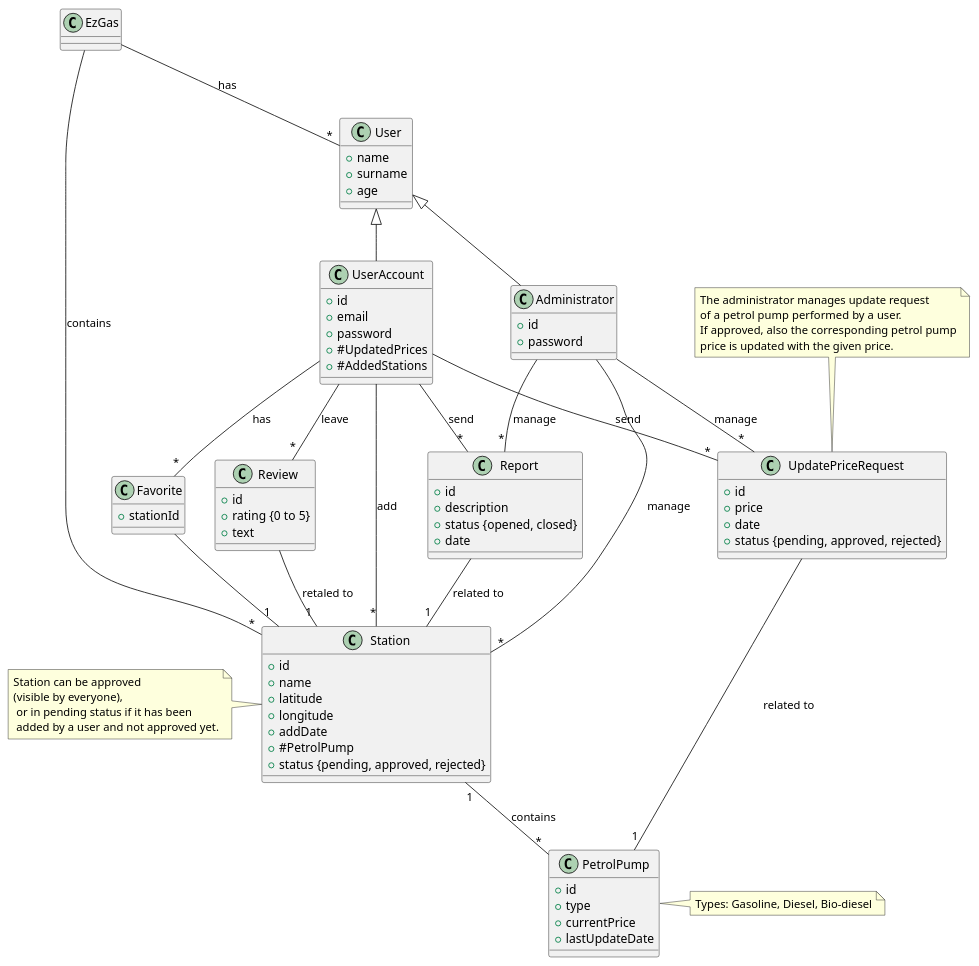
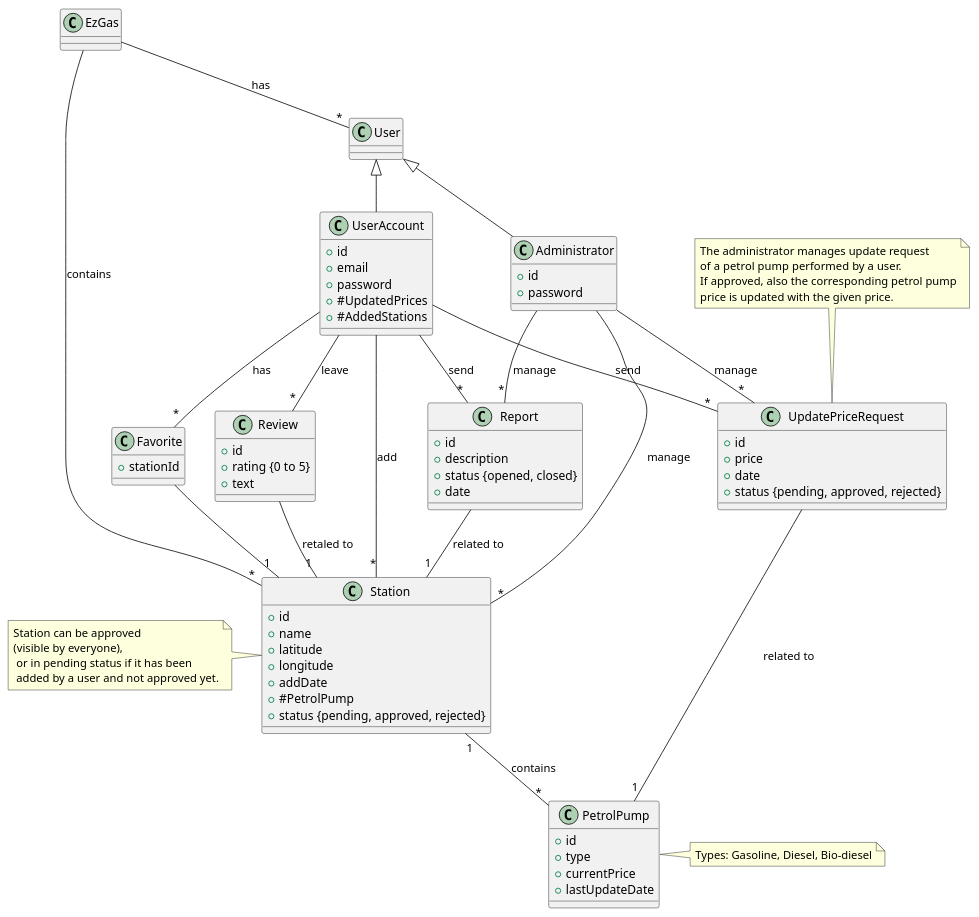
One commit to peppep97/se1 changed the third of 3 diagrams in Giuseppe/REQ_s280085.md. Above: the diagram before and after it, drawn with PlantUML. The commit also changed other lines of this file and 4 other files, not shown here.

````diff
--- a/Giuseppe/REQ_s280085.md
+++ b/Giuseppe/REQ_s280085.md
@@ -322,11 +322,7 @@
 ```plantuml
 class EzGas
 
-class User {
-+ name
-+ surname
-+ age
-}
+class User
 
 class UserAccount {
 + id
````
